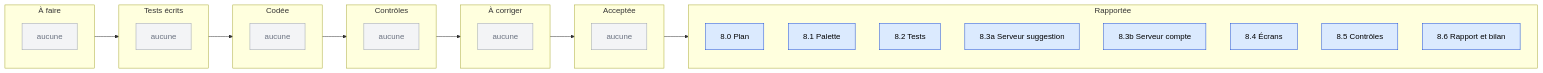
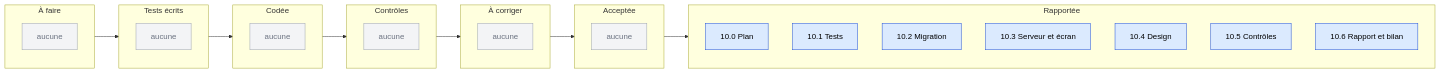
Before and after one commit to lyon32/lyonpanel: the second of 5 diagrams in docs/reports/TABLEAU-DE-BORD.md, drawn with Mermaid. The commit also changed other lines of this file and 10 other files, not shown here.

````diff
--- a/docs/reports/TABLEAU-DE-BORD.md
+++ b/docs/reports/TABLEAU-DE-BORD.md
@@ -35,43 +36,42 @@
 ```mermaid
 flowchart LR
   subgraph A["À faire"]
     direction TB
     a0["aucune"]
   end
   subgraph B["Tests écrits"]
     direction TB
     b0["aucune"]
   end
   subgraph C["Codée"]
     direction TB
     c0["aucune"]
   end
   subgraph D["Contrôles"]
     direction TB
     d0["aucune"]
   end
   subgraph E["À corriger"]
     direction TB
     e0["aucune"]
   end
   subgraph F["Acceptée"]
     direction TB
     f0["aucune"]
   end
   subgraph G["Rapportée"]
     direction TB
-    g0["8.0 Plan"]
-    g1["8.1 Palette"]
-    g2["8.2 Tests"]
-    g3["8.3a Serveur suggestion"]
-    g4["8.3b Serveur compte"]
-    g5["8.4 Écrans"]
-    g6["8.5 Contrôles"]
-    g7["8.6 Rapport et bilan"]
+    g0["10.0 Plan"]
+    g1["10.1 Tests"]
+    g2["10.2 Migration"]
+    g3["10.3 Serveur et écran"]
+    g4["10.4 Design"]
+    g5["10.5 Contrôles"]
+    g6["10.6 Rapport et bilan"]
   end
   A --> B --> C --> D --> E --> F --> G
   classDef fait fill:#DBEAFE,stroke:#1D4ED8,color:#000
   classDef vide fill:#F3F4F6,stroke:#9CA3AF,color:#6B7280
-  class g0,g1,g2,g3,g4,g5,g6,g7 fait
+  class g0,g1,g2,g3,g4,g5,g6 fait
   class a0,b0,c0,d0,e0,f0 vide
 ```
````
